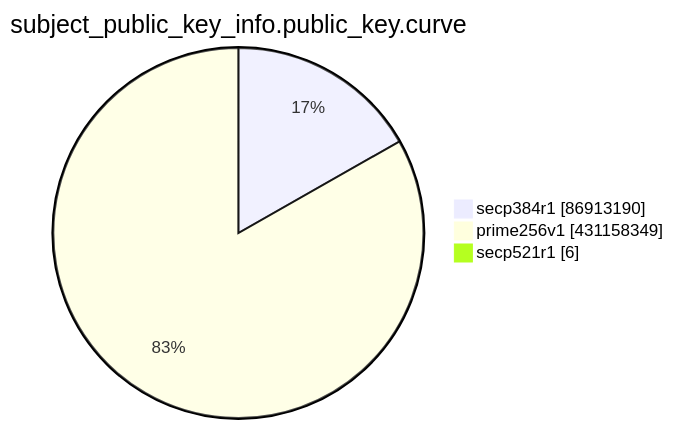
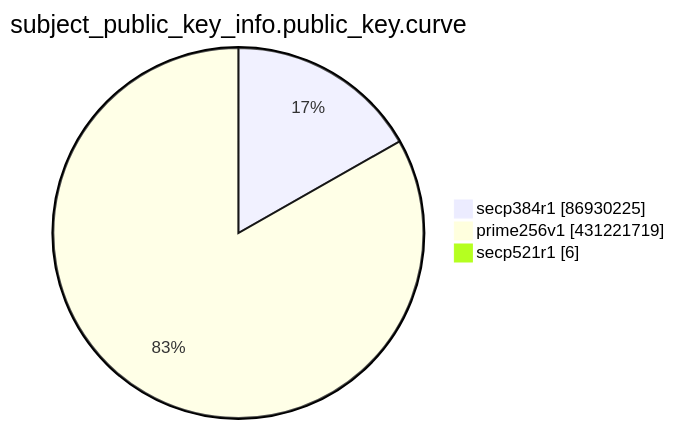
One commit to christiankrug/ctmonitor_visualization changed the eighth of 15 diagrams in TOTAL/README.md. Above: the diagram before and after it, drawn with Mermaid. The commit also changed other lines of this file, not shown here.

````diff
--- a/TOTAL/README.md
+++ b/TOTAL/README.md
@@ -3100,7 +3100,7 @@
 ```mermaid
 pie showData
 title subject_public_key_info.public_key.curve
-"secp384r1" :86913190
-"prime256v1" :431158349
+"secp384r1" :86930225
+"prime256v1" :431221719
 "secp521r1" :6
 ```
````
